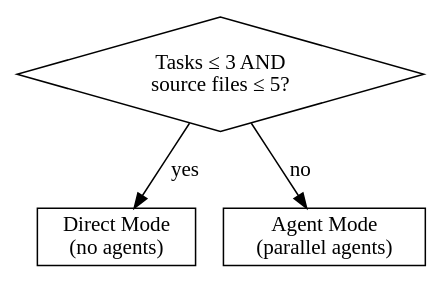
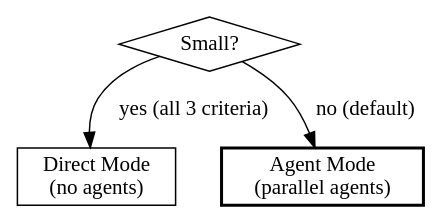
One commit to kslhunter/simplysm changed the first of 2 diagrams in .claude/skills/sd-plan-dev/SKILL.md. Above: the diagram before and after it, drawn with Graphviz. The commit also changed other lines of this file and 2 other files, not shown here.

````diff
--- a/.claude/skills/sd-plan-dev/SKILL.md
+++ b/.claude/skills/sd-plan-dev/SKILL.md
@@ -20,10 +22,10 @@
 ```dot
 digraph mode {
-    "Tasks ≤ 3 AND\nsource files ≤ 5?" [shape=diamond];
+    "Small?" [shape=diamond];
     "Direct Mode\n(no agents)" [shape=box];
-    "Agent Mode\n(parallel agents)" [shape=box];
+    "Agent Mode\n(parallel agents)" [shape=box, style=bold];
 
-    "Tasks ≤ 3 AND\nsource files ≤ 5?" -> "Direct Mode\n(no agents)" [label="yes"];
-    "Tasks ≤ 3 AND\nsource files ≤ 5?" -> "Agent Mode\n(parallel agents)" [label="no"];
+    "Small?" -> "Direct Mode\n(no agents)" [label="yes (all 3 criteria)"];
+    "Small?" -> "Agent Mode\n(parallel agents)" [label="no (default)"];
 }
 ```
````
